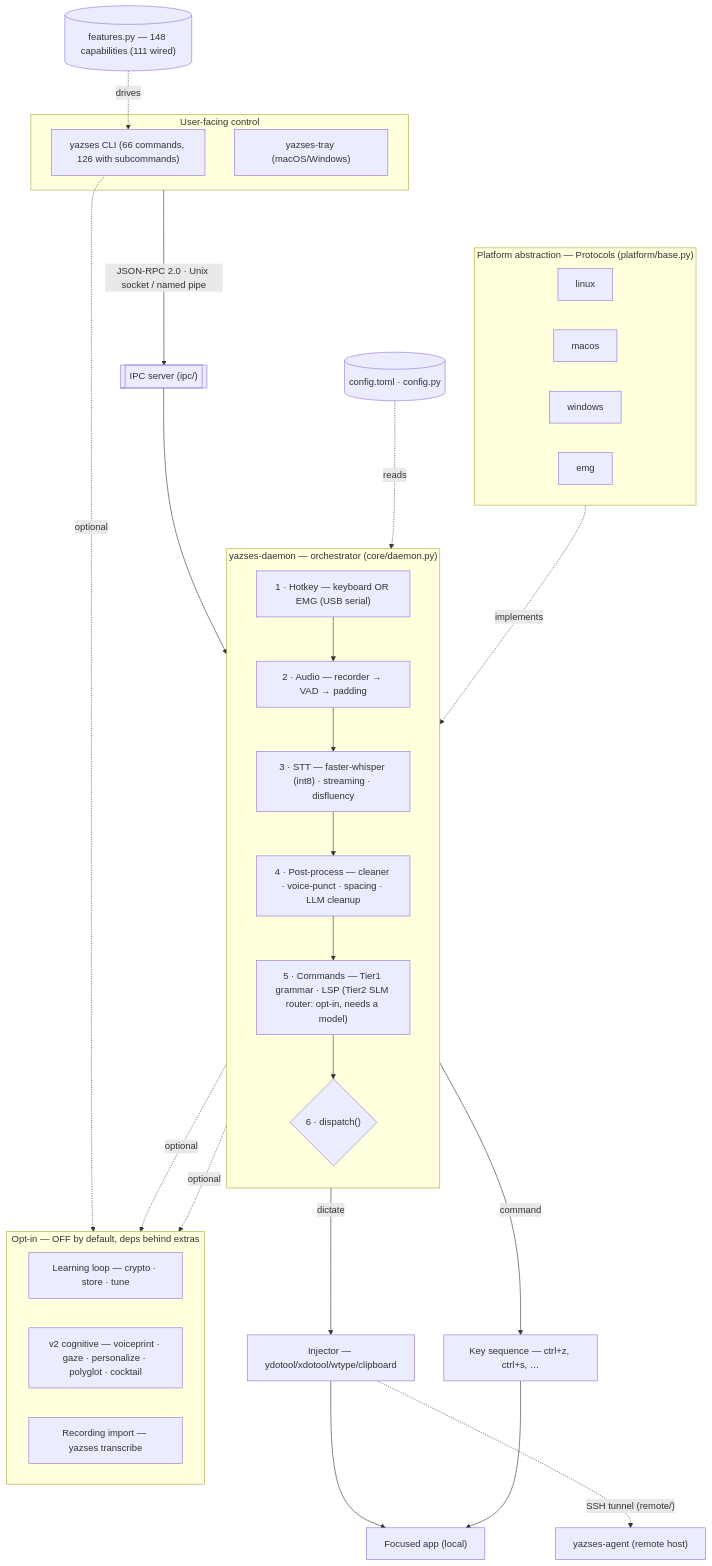
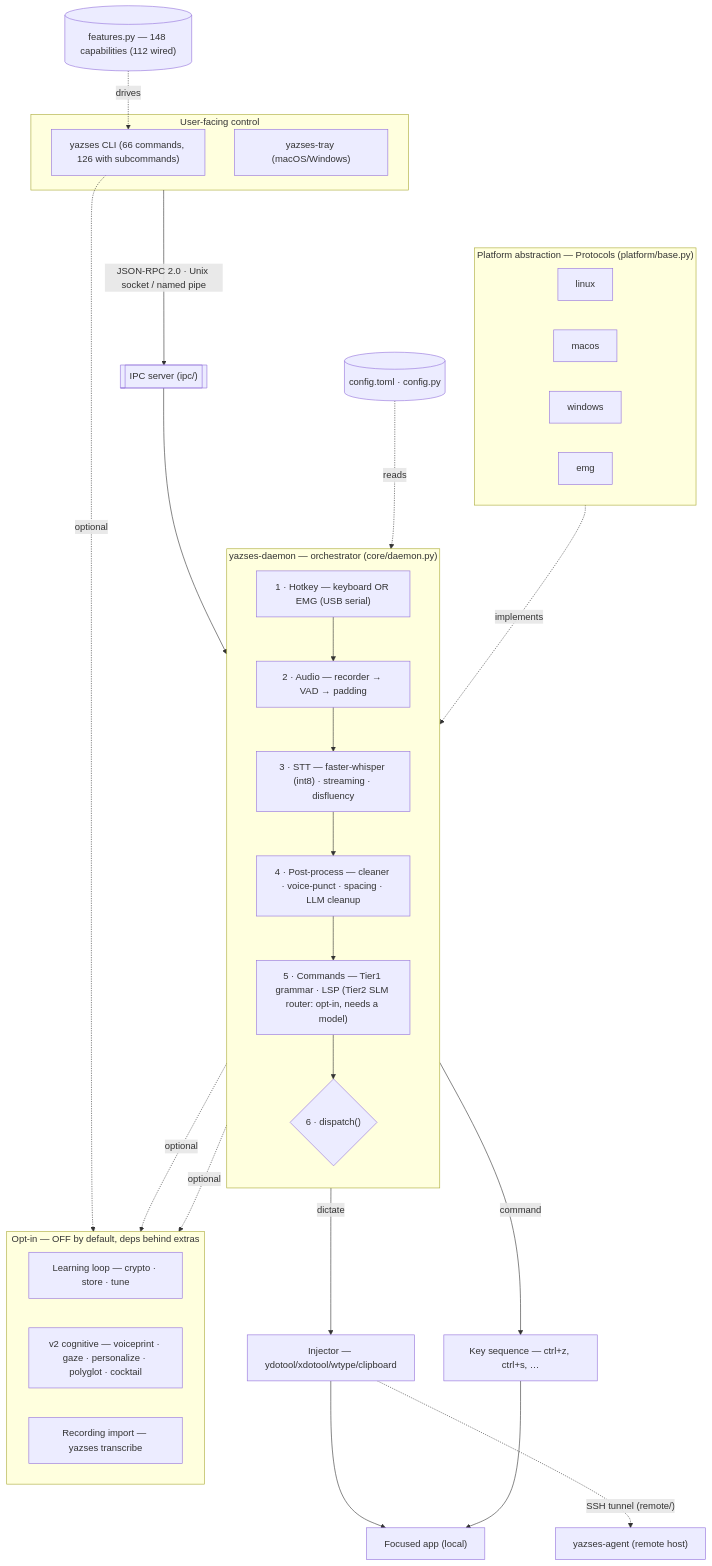
One commit to MSKazemi/yazses changed the diagram in docs/diagrams/index.md. Above: the diagram before and after it, drawn with Mermaid. The commit also changed 29 other files, not shown here.

````diff
--- a/docs/diagrams/index.md
+++ b/docs/diagrams/index.md
@@ -22,50 +22,50 @@
 ```mermaid
 flowchart TB
   subgraph UI["User-facing control"]
     CLI["yazses CLI (66 commands, 126 with subcommands)"]
     TRAY["yazses-tray (macOS/Windows)"]
   end
   UI -->|"JSON-RPC 2.0 · Unix socket / named pipe"| IPC[["IPC server (ipc/)"]]
   IPC --> DAEMON
 
   subgraph DAEMON["yazses-daemon — orchestrator (core/daemon.py)"]
     direction TB
     HK["1 · Hotkey — keyboard OR EMG (USB serial)"]
     AUD["2 · Audio — recorder → VAD → padding"]
     STT["3 · STT — faster-whisper (int8) · streaming · disfluency"]
     PP["4 · Post-process — cleaner · voice-punct · spacing · LLM cleanup"]
     CMD["5 · Commands — Tier1 grammar · LSP (Tier2 SLM router: opt-in, needs a model)"]
     DIS{"6 · dispatch()"}
     HK --> AUD --> STT --> PP --> CMD --> DIS
   end
 
   CFG[("config.toml · config.py")]
-  FEAT[("features.py — 148 capabilities (111 wired)")]
+  FEAT[("features.py — 148 capabilities (112 wired)")]
   CFG -. reads .-> DAEMON
   FEAT -. drives .-> CLI
 
   DIS -->|dictate| INJ["Injector — ydotool/xdotool/wtype/clipboard"]
   DIS -->|command| KEYS["Key sequence — ctrl+z, ctrl+s, …"]
   INJ --> APP["Focused app (local)"]
   KEYS --> APP
   INJ -. "SSH tunnel (remote/)" .-> AGENT["yazses-agent (remote host)"]
 
   subgraph PLAT["Platform abstraction — Protocols (platform/base.py)"]
     direction LR
     LNX["linux"]
     MAC["macos"]
     WIN["windows"]
     EMG["emg"]
   end
   PLAT -. implements .-> DAEMON
 
   subgraph OPT["Opt-in — OFF by default, deps behind extras"]
     direction LR
     LEARN["Learning loop — crypto · store · tune"]
     V2["v2 cognitive — voiceprint · gaze · personalize · polyglot · cocktail"]
     RECIMP["Recording import — yazses transcribe"]
   end
   DAEMON -. optional .-> LEARN
   DAEMON -. optional .-> V2
   CLI -. optional .-> RECIMP
 ```
````
